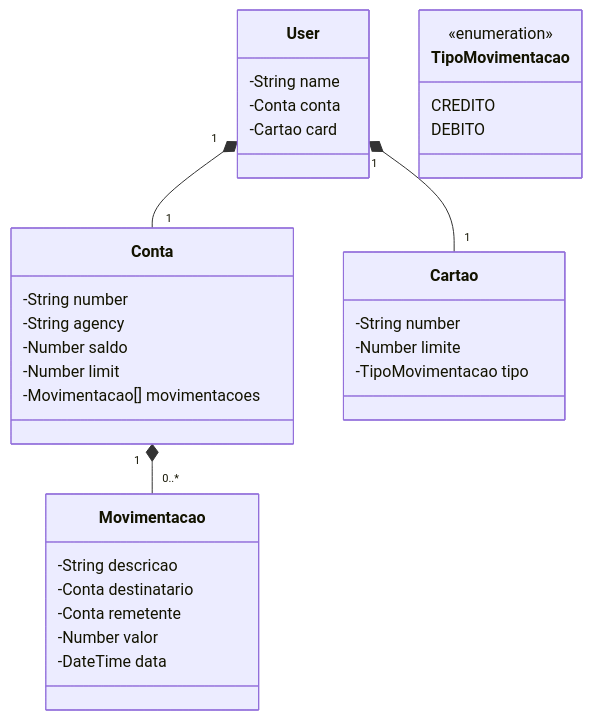
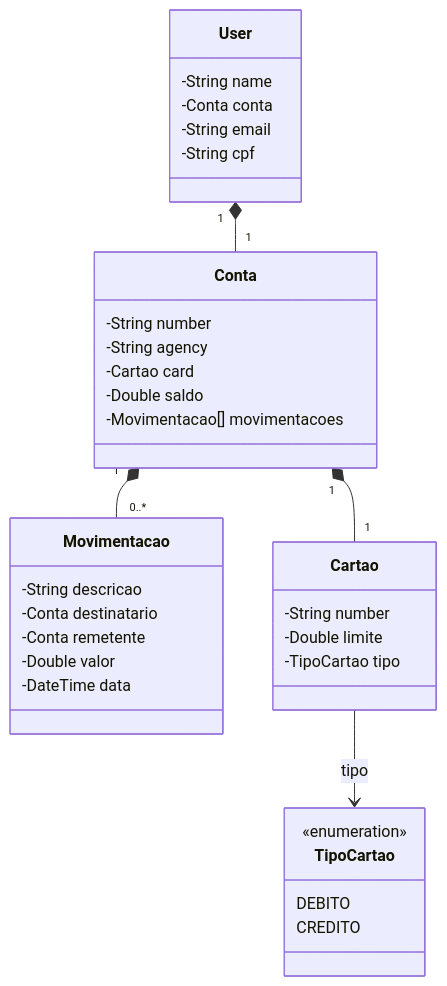
Before and after one commit to hellyaxs/SNTI-projeto-UABJ: the diagram in README.md, drawn with Mermaid. The commit also changed 5 other files, not shown here.

Commit message:
diagrama de classes final

````diff
--- a/README.md
+++ b/README.md
@@ -17,42 +17,43 @@
 ```mermaid
 classDiagram
   class User {
     -String name
     -Conta conta
-    -Cartao card
+    -String email
+    -String cpf
   }
 
   class Conta {
     -String number
     -String agency
-    -Number saldo
-    -Number limit
+    -Cartao card
+    -Double saldo
     -Movimentacao[] movimentacoes
   }
   
   class Movimentacao {
     -String descricao
     -Conta destinatario
     -Conta remetente
-    -Number valor
+    -Double valor
     -DateTime data
   }
-
-  class TipoMovimentacao {
+  class TipoCartao {
     <<enumeration>>
+    DEBITO
     CREDITO
-    DEBITO 
   }
 
   class Cartao {
     -String number
-    -Number limite
-    -TipoMovimentacao tipo
+    -Double limite
+    -TipoCartao tipo
   }
 
 
 
   User "1" *-- "1" Conta
-  User "1" *-- "1" Cartao
+  Conta "1" *-- "1" Cartao
   Conta "1" *-- "0..*" Movimentacao
+  Cartao --> TipoCartao : tipo
 ```
````
